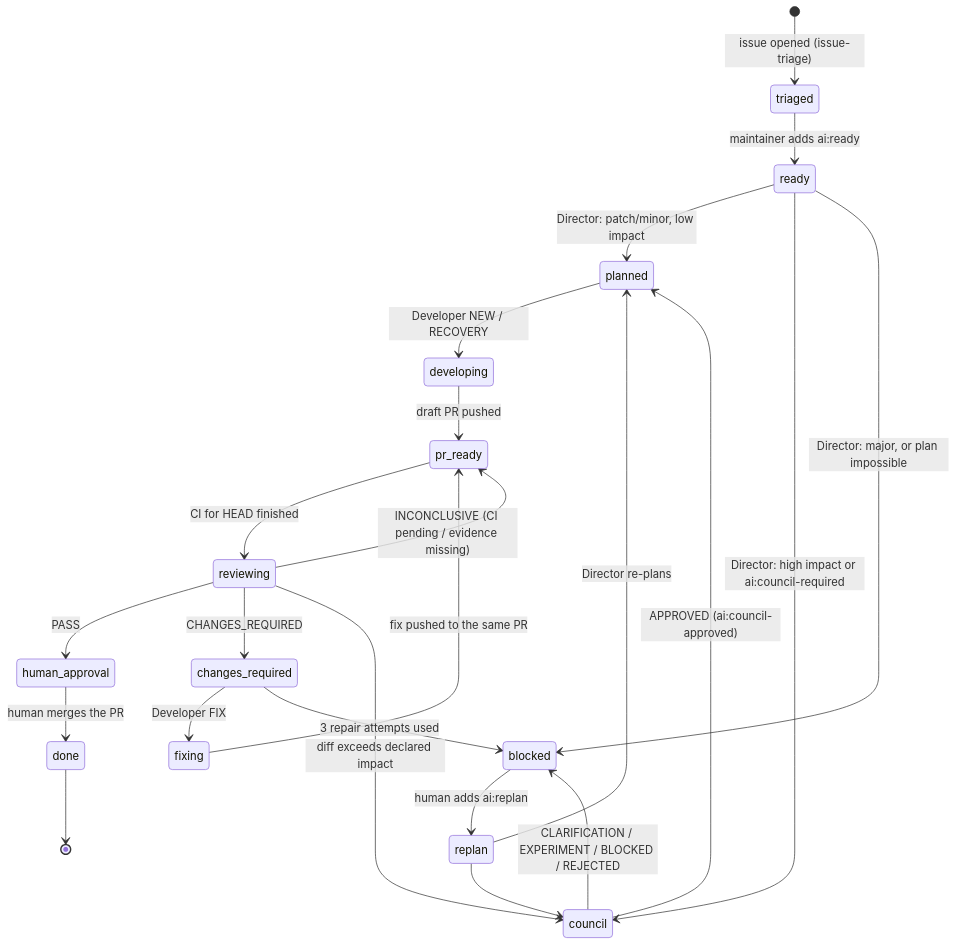
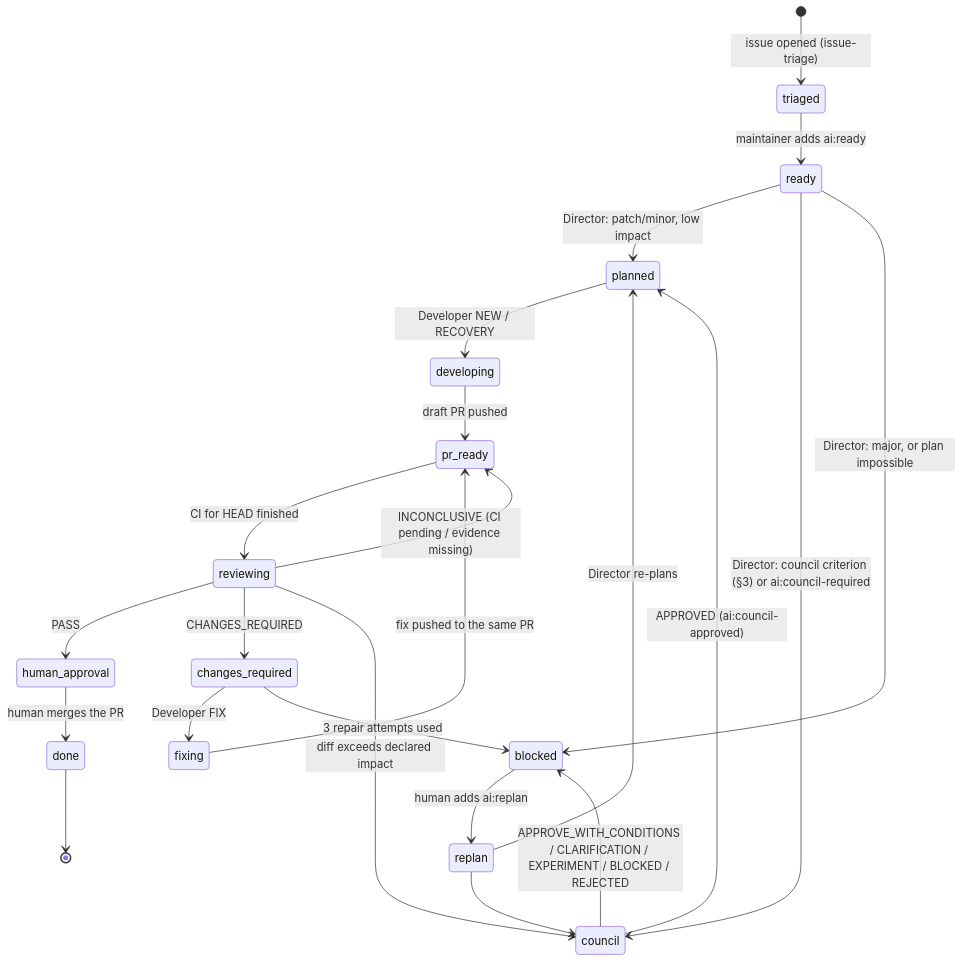
Before and after one commit to burgan-tech/vnext: the first of 3 diagrams in docs/governance/ai-engineering-pipeline.md, drawn with Mermaid. The commit also changed other lines of this file and 10 other files, not shown here.

````diff
--- a/docs/governance/ai-engineering-pipeline.md
+++ b/docs/governance/ai-engineering-pipeline.md
@@ -161,25 +168,25 @@
 ```mermaid
 stateDiagram-v2
     [*] --> triaged: issue opened (issue-triage)
     triaged --> ready: maintainer adds ai:ready
     ready --> planned: Director: patch/minor, low impact
-    ready --> council: Director: high impact or ai:council-required
+    ready --> council: Director: council criterion (§3) or ai:council-required
     ready --> blocked: Director: major, or plan impossible
     replan --> planned: Director re-plans
     replan --> council
     council --> planned: APPROVED (ai:council-approved)
-    council --> blocked: CLARIFICATION / EXPERIMENT / BLOCKED / REJECTED
+    council --> blocked: APPROVE_WITH_CONDITIONS / CLARIFICATION / EXPERIMENT / BLOCKED / REJECTED
     planned --> developing: Developer NEW / RECOVERY
     developing --> pr_ready: draft PR pushed
     pr_ready --> reviewing: CI for HEAD finished
     reviewing --> human_approval: PASS
     reviewing --> changes_required: CHANGES_REQUIRED
     reviewing --> pr_ready: INCONCLUSIVE (CI pending / evidence missing)
     reviewing --> council: diff exceeds declared impact
     changes_required --> fixing: Developer FIX
     fixing --> pr_ready: fix pushed to the same PR
     changes_required --> blocked: 3 repair attempts used
     human_approval --> done: human merges the PR
     blocked --> replan: human adds ai:replan
     done --> [*]
 ```
````
